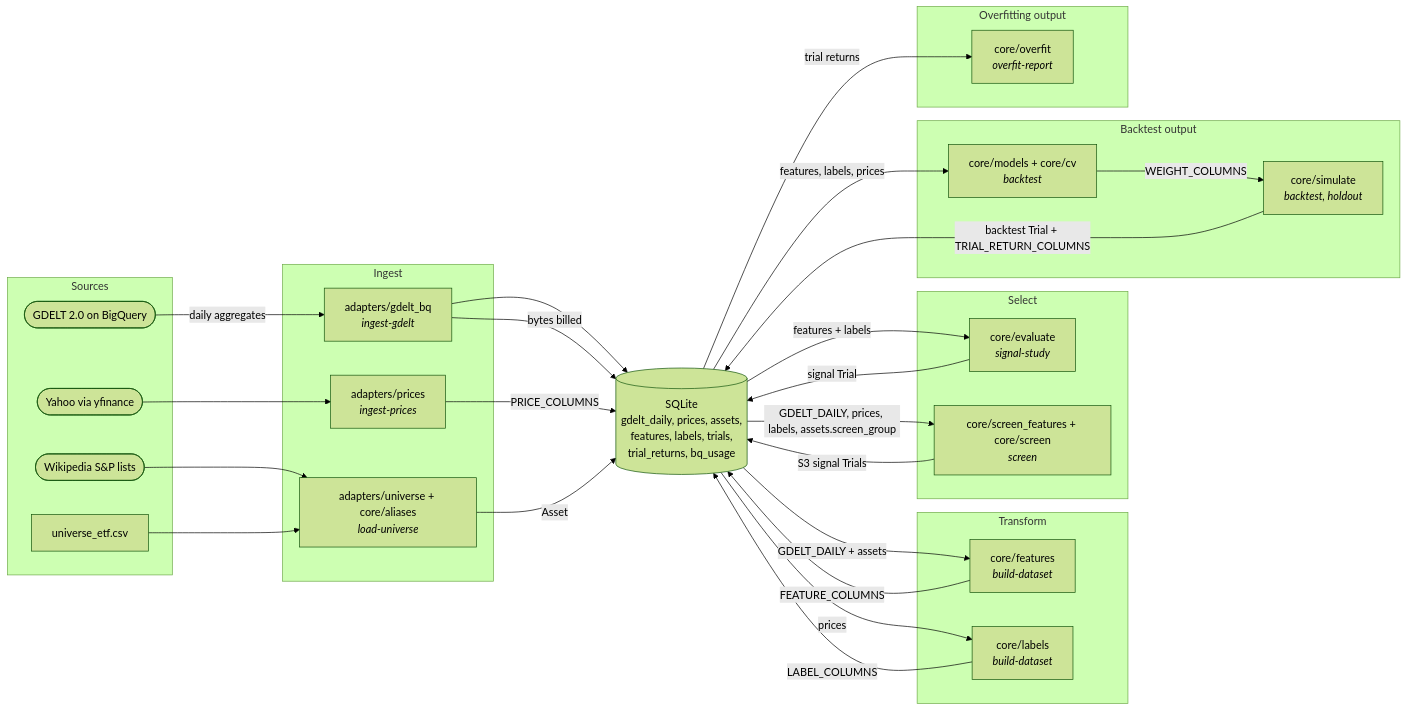
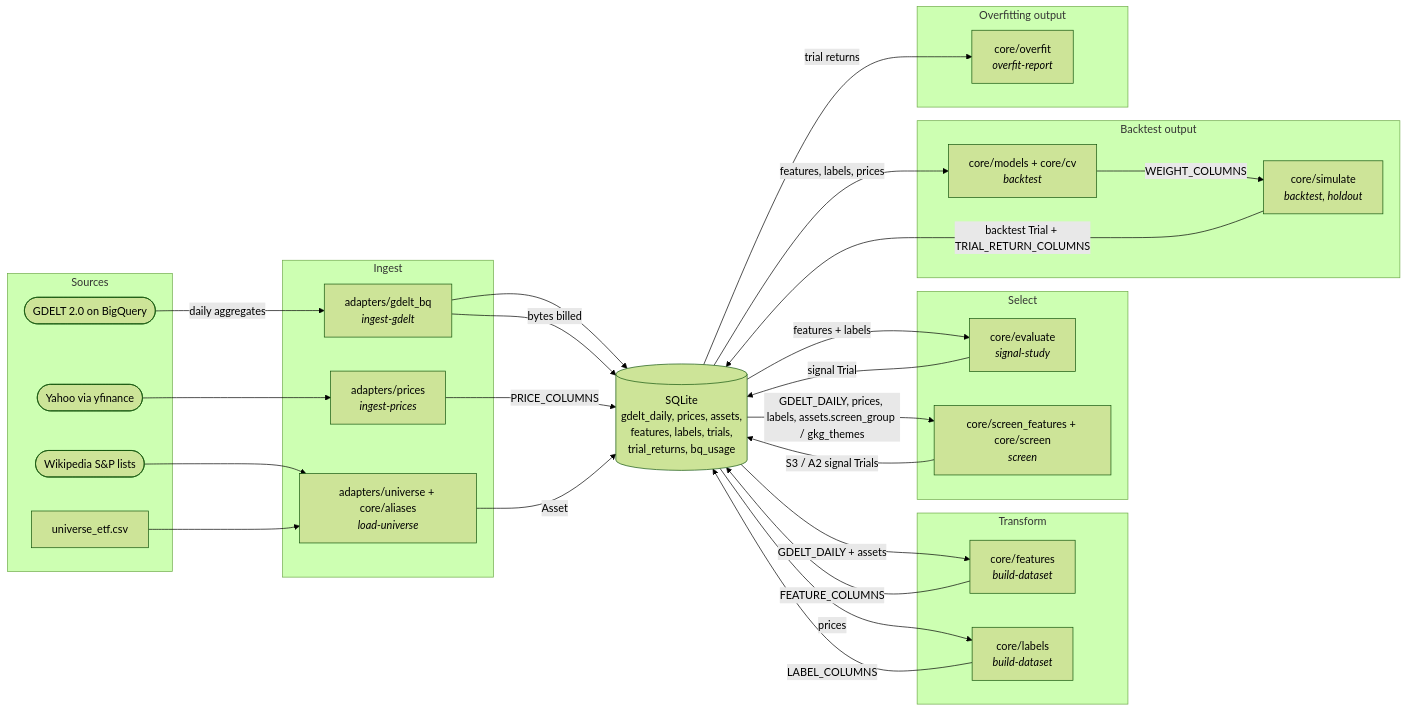
Before and after one commit to Boyao0305/eventtrade-gdelt: the second of 2 diagrams in docs/components/cli.md, drawn with Mermaid (forest theme). The commit also changed other lines of this file and 10 other files, not shown here.

````diff
--- a/docs/components/cli.md
+++ b/docs/components/cli.md
@@ -40,42 +40,42 @@
 ```mermaid
 flowchart LR
     subgraph sources[Sources]
         bq([GDELT 2.0 on BigQuery])
         yahoo([Yahoo via yfinance])
         wiki([Wikipedia S&P lists])
         csv[universe_etf.csv]
     end
     subgraph ingest[Ingest]
         gdelt_bq["adapters/gdelt_bq<br/><i>ingest-gdelt</i>"]
         prices["adapters/prices<br/><i>ingest-prices</i>"]
         universe["adapters/universe + core/aliases<br/><i>load-universe</i>"]
     end
     db[(SQLite<br/>gdelt_daily, prices, assets,<br/>features, labels, trials,<br/>trial_returns, bq_usage)]
     subgraph build[Transform]
         features["core/features<br/><i>build-dataset</i>"]
         labels["core/labels<br/><i>build-dataset</i>"]
     end
     subgraph select[Select]
         evaluate["core/evaluate<br/><i>signal-study</i>"]
         screen["core/screen_features + core/screen<br/><i>screen</i>"]
     end
     subgraph bt[Backtest output]
         models["core/models + core/cv<br/><i>backtest</i>"]
         simulate["core/simulate<br/><i>backtest, holdout</i>"]
     end
     subgraph of[Overfitting output]
         overfit["core/overfit<br/><i>overfit-report</i>"]
     end
     bq -->|daily aggregates| gdelt_bq --> db
     gdelt_bq -->|bytes billed| db
     yahoo --> prices -->|PRICE_COLUMNS| db
     wiki --> universe
     csv --> universe -->|Asset| db
     db -->|GDELT_DAILY + assets| features -->|FEATURE_COLUMNS| db
     db -->|prices| labels -->|LABEL_COLUMNS| db
     db -->|features + labels| evaluate -->|signal Trial| db
-    db -->|GDELT_DAILY, prices, labels, assets.screen_group| screen -->|S3 signal Trials| db
+    db -->|GDELT_DAILY, prices, labels, assets.screen_group / gkg_themes| screen -->|S3 / A2 signal Trials| db
     db -->|features, labels, prices| models -->|WEIGHT_COLUMNS| simulate
     simulate -->|backtest Trial + TRIAL_RETURN_COLUMNS| db
     db -->|trial returns| overfit
 ```
````
